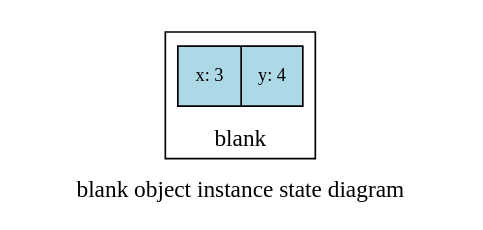
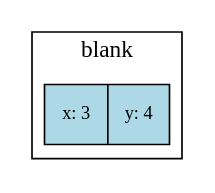
One commit to DaveParillo/cisc192-reader changed the diagram in src/chapter8/point_objects.rst. Above: the diagram before and after it, drawn with Graphviz. The commit also changed other lines of this file and 20 other files, not shown here.

```diff
--- a/src/chapter8/point_objects.rst
+++ b/src/chapter8/point_objects.rst
@@ -60,19 +61,19 @@
 .. digraph:: state
+   :name: fig_point_object_state
+   :caption: Point object instance state diagram
+   :alt: point object instance state diagram
    :align: center
-   :alt: point struct state diagram
 
    fontname = "Bitstream Vera Sans"
-   label="blank object instance state diagram";
-   labelloc=bottom;
    node [
       shape=record
       fontname = "Bitstream Vera Sans"
       fontsize = 11
       style=filled
       fillcolor=lightblue
    ]
 
    subgraph cluster_0 {
       label="blank"
       stack [label="x: 3 | y: 4"]
    }
```
